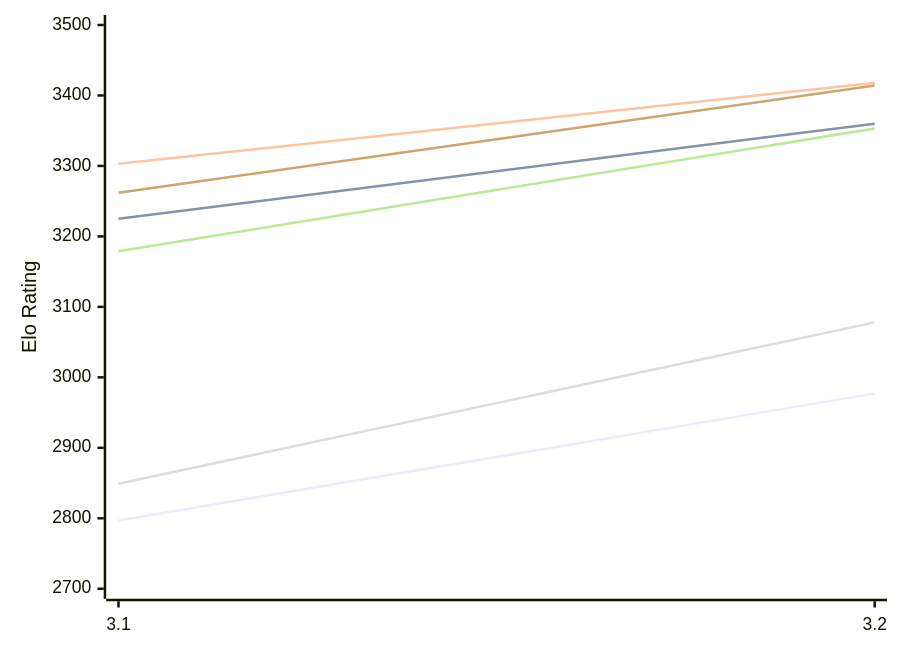
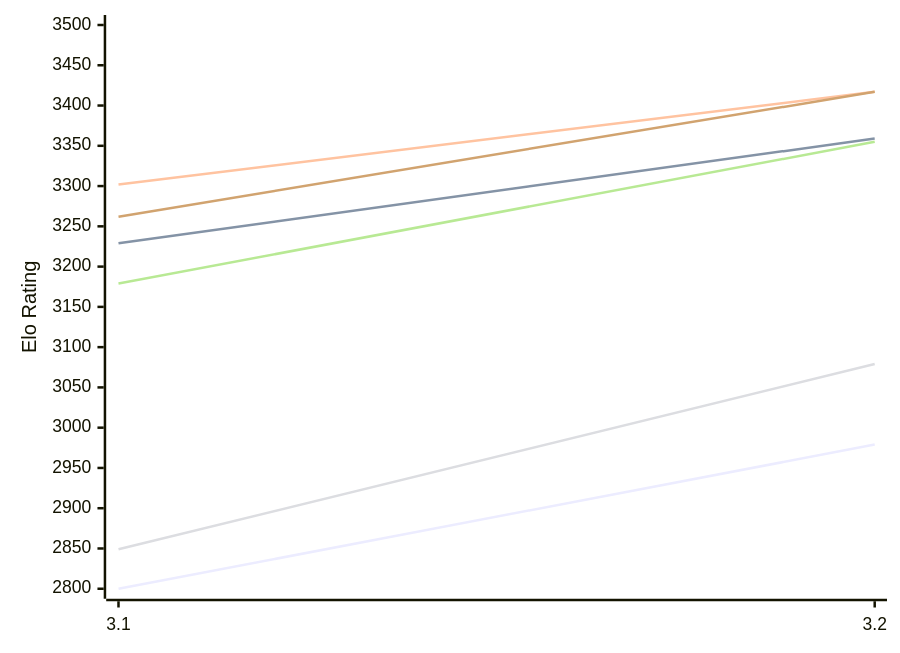
The first of 2 diagrams in engines/Thrawn.md (computer-chess-index/cci), drawn with Mermaid before and after one commit. The commit also changed other lines of this file, not shown here.

Commit message:
Update CCI Ratings (ELO VLTC) - 2026-11-28

````diff
--- a/engines/Thrawn.md
+++ b/engines/Thrawn.md
@@ -52,12 +52,12 @@
 ```mermaid
 %%{init: {"theme":"base","themeVariables":{"seriesColors:['#a3a3a3','#222221','#faa371']}}}%%
 xychart-beta
   x-axis ["3.1", "3.2"]
-  y-axis "Elo Rating" 2700 --> 3500
-  line "E1: STC (8.0+0.08s)" [2797, 2977]
-  line "E1: LTC (60.0+0.60s)" [3225, 3360]
-  line "E1: VLTC (2m24s+1.12s)" [3303, 3418]
-  line "P1: STC (8.0+0.08s)" [2849, 3078]
-  line "P1: LTC (60.0+0.60s)" [3179, 3353]
-  line "P1: VLTC (2m24s+1.12s)" [3262, 3414]
+  y-axis "Elo Rating" 2800 --> 3500
+  line "E1: STC (8.0+0.08s)" [2800, 2979]
+  line "E1: LTC (60.0+0.60s)" [3229, 3359]
+  line "E1: VLTC (2m24s+1.12s)" [3302, 3417]
+  line "P1: STC (8.0+0.08s)" [2849, 3079]
+  line "P1: LTC (60.0+0.60s)" [3179, 3355]
+  line "P1: VLTC (2m24s+1.12s)" [3262, 3417]
 ```
````
